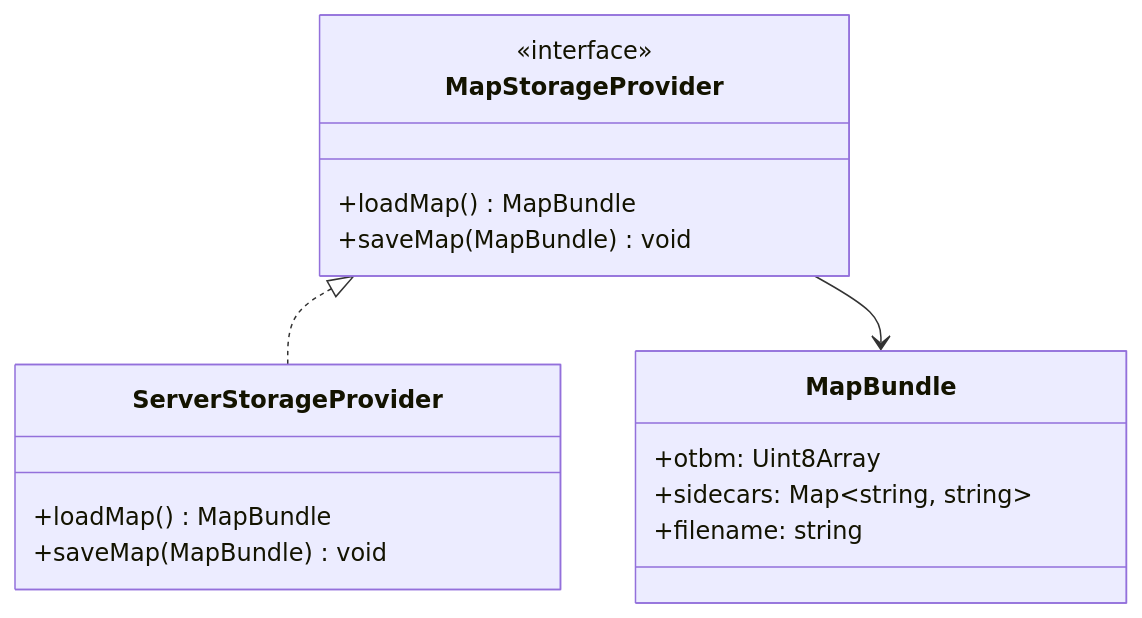
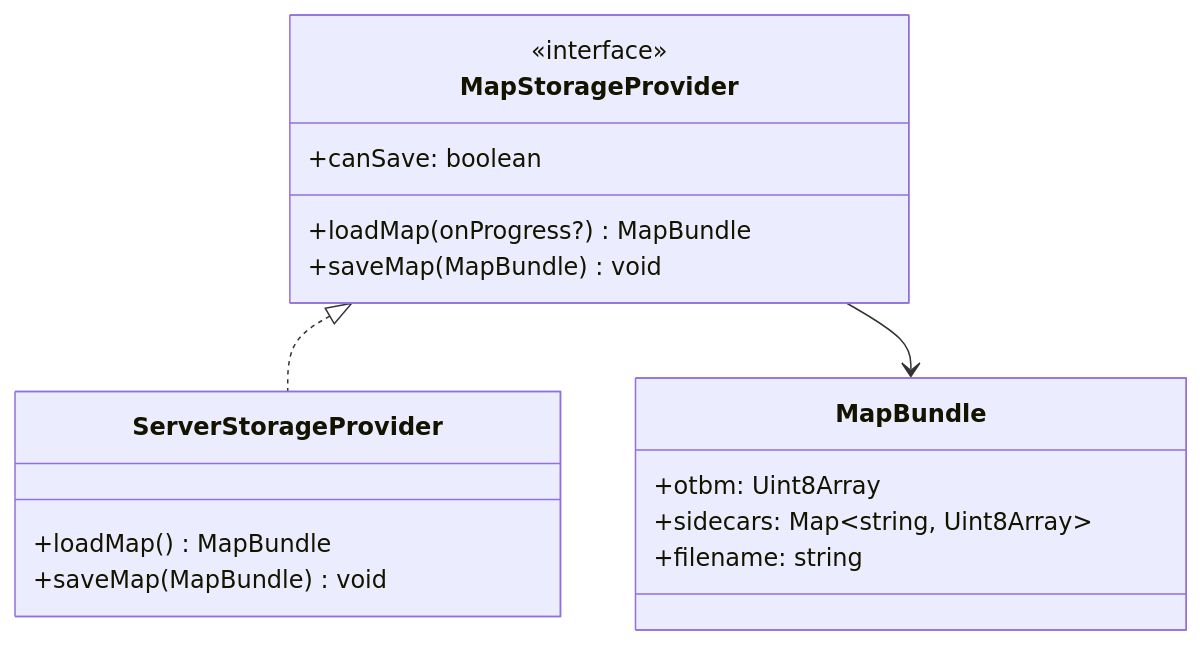
Before and after one commit to knobik/yatme: the second of 3 diagrams in MAP_IO_RESEARCH.md, drawn with Mermaid. The commit also changed other lines of this file and 12 other files, not shown here.

````diff
--- a/MAP_IO_RESEARCH.md
+++ b/MAP_IO_RESEARCH.md
@@ -63,22 +62,23 @@
 ```mermaid
 classDiagram
     class MapStorageProvider {
         <<interface>>
-        +loadMap() MapBundle
+        +loadMap(onProgress?) MapBundle
         +saveMap(MapBundle) void
+        +canSave: boolean
     }
 
     class MapBundle {
         +otbm: Uint8Array
-        +sidecars: Map~string, string~
+        +sidecars: Map~string, Uint8Array~
         +filename: string
     }
 
     class ServerStorageProvider {
         +loadMap() MapBundle
         +saveMap(MapBundle) void
     }
 
     MapStorageProvider <|.. ServerStorageProvider
     MapStorageProvider --> MapBundle
 ```
````
